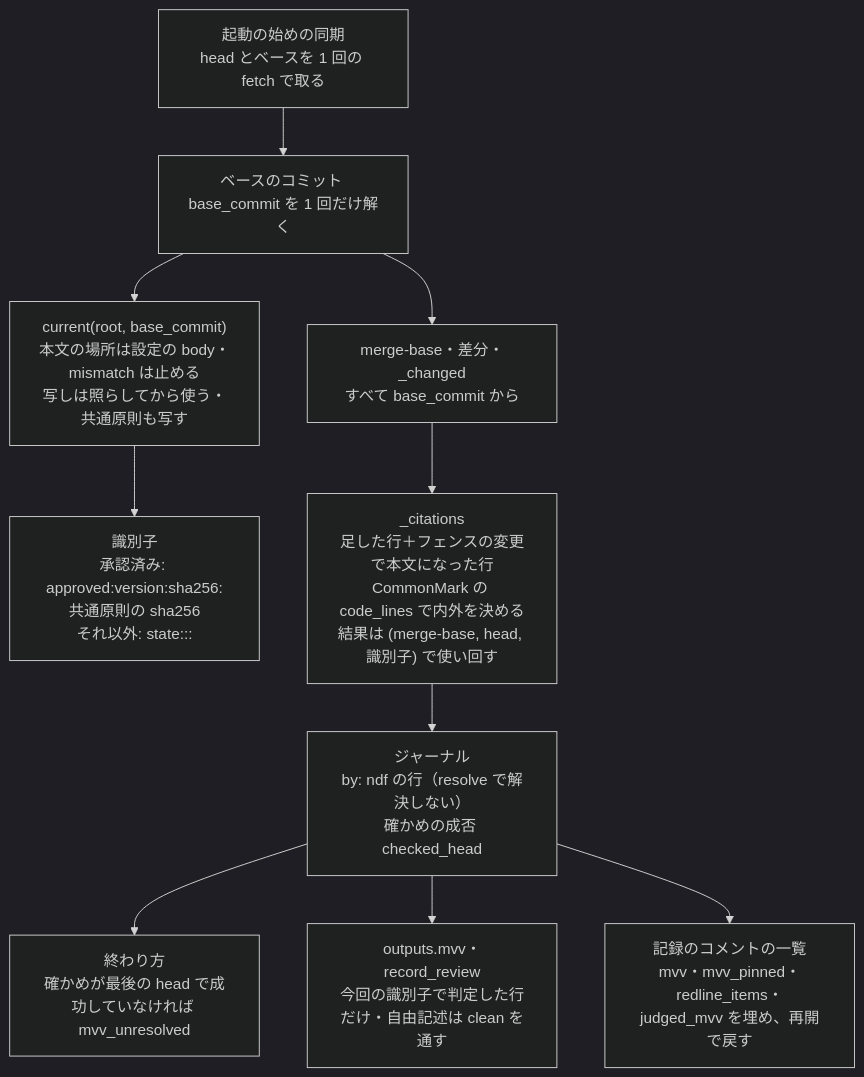
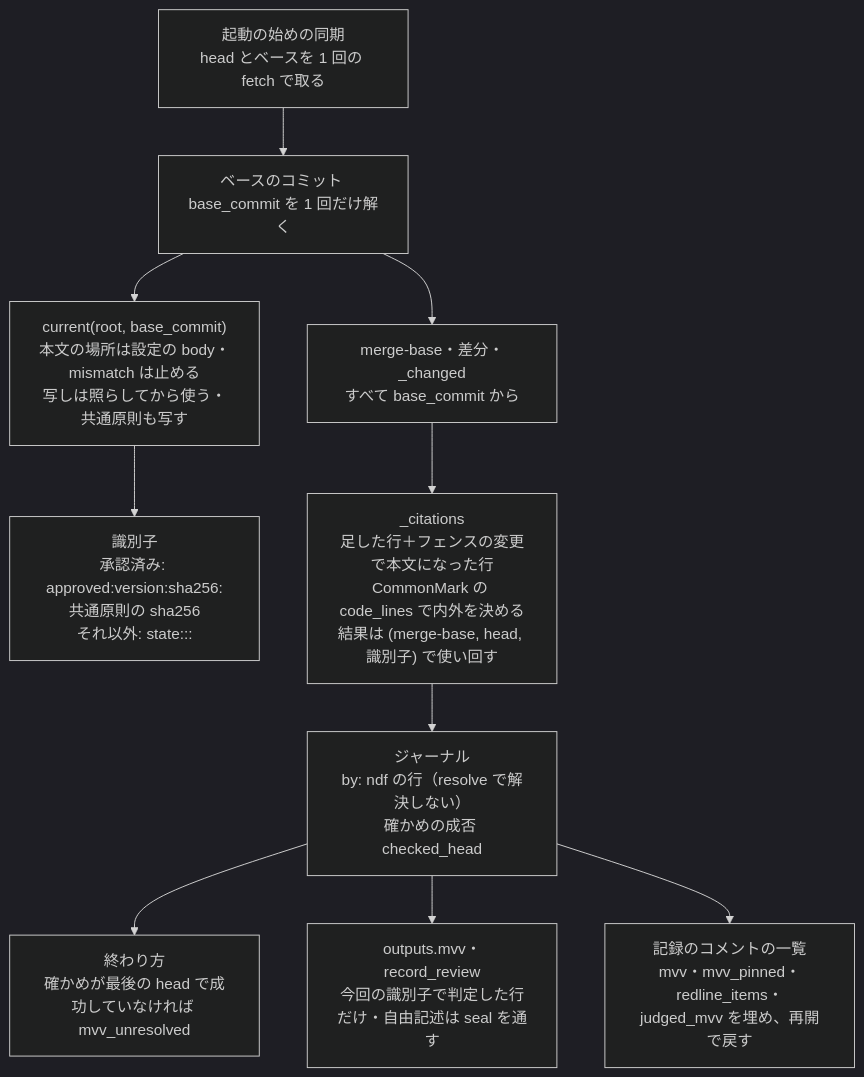
The second of 2 diagrams in issues/issue-4090-4099-design.md (devbasex/ai-plugins), drawn with Mermaid (dark theme) before and after one commit. The commit also changed other lines of this file and 1 other file, not shown here.

Commit message:
Docs: 照合キーと MVV の結果・記録の伏せ字を、参照先の公開範囲を照会しない sealed にし、照会の回数と公開範囲の変化をテストする（PR #4121 の r7-1・r7-2）

````diff
--- a/issues/issue-4090-4099-design.md
+++ b/issues/issue-4090-4099-design.md
@@ -61,12 +61,12 @@
 ```mermaid
 graph TD
   F["起動の始めの同期<br>head とベースを 1 回の fetch で取る"] --> R["ベースのコミット base_commit を 1 回だけ解く"]
   R --> CUR["current(root, base_commit)<br>本文の場所は設定の body・mismatch は止める<br>写しは照らしてから使う・共通原則も写す"]
   R --> DIFF["merge-base・差分・_changed<br>すべて base_commit から"]
   CUR --> ID["識別子<br>承認済み: approved:version:sha256:共通原則の sha256<br>それ以外: state:::"]
   DIFF --> CIT["_citations<br>足した行＋フェンスの変更で本文になった行<br>CommonMark の code_lines で内外を決める<br>結果は (merge-base, head, 識別子) で使い回す"]
   CIT --> J["ジャーナル<br>by: ndf の行（resolve で解決しない）<br>確かめの成否 checked_head"]
   J --> FIN["終わり方<br>確かめが最後の head で成功していなければ mvv_unresolved"]
-  J --> OUT["outputs.mvv・record_review<br>今回の識別子で判定した行だけ・自由記述は clean を通す"]
+  J --> OUT["outputs.mvv・record_review<br>今回の識別子で判定した行だけ・自由記述は seal を通す"]
   J --> OB["記録のコメントの一覧<br>mvv・mvv_pinned・redline_items・judged_mvv を埋め、再開で戻す"]
 ```
````
